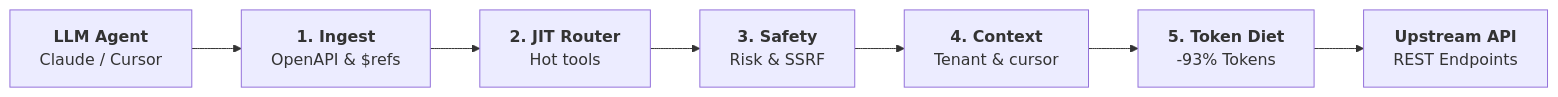
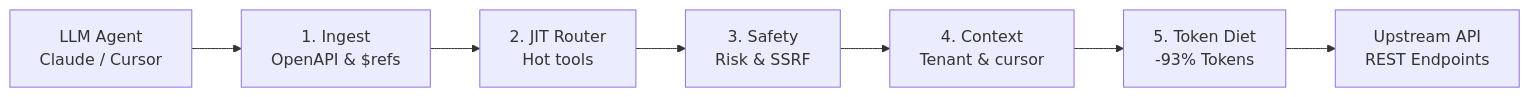
Before and after one commit to BraveRam/postmcp: the diagram in packages/studio/content/docs/architecture.mdx, drawn with Mermaid. The commit also changed 12 other files, not shown here.

Commit message:
docs(mermaid): fix edge statement grammar and scrub obsolete preset references across documentation

````diff
--- a/packages/studio/content/docs/architecture.mdx
+++ b/packages/studio/content/docs/architecture.mdx
@@ -10,10 +10,9 @@
 ```mermaid
 flowchart LR
-  Client["<b>LLM Agent</b><br/>Claude / Cursor"]
-  --> P1["<b>1. Ingest</b><br/>OpenAPI & $refs"]
-  --> P2["<b>2. JIT Router</b><br/>Hot tools"]
-  --> P3["<b>3. Safety</b><br/>Risk & SSRF"]
-  --> P4["<b>4. Context</b><br/>Tenant & cursor"]
-  --> P5["<b>5. Token Diet</b><br/>-93% Tokens"]
-  --> API["<b>Upstream API</b><br/>REST Endpoints"]
+  Client["LLM Agent<br/>Claude / Cursor"] --> P1["1. Ingest<br/>OpenAPI & $refs"]
+  P1 --> P2["2. JIT Router<br/>Hot tools"]
+  P2 --> P3["3. Safety<br/>Risk & SSRF"]
+  P3 --> P4["4. Context<br/>Tenant & cursor"]
+  P4 --> P5["5. Token Diet<br/>-93% Tokens"]
+  P5 --> API["Upstream API<br/>REST Endpoints"]
 ```
````
